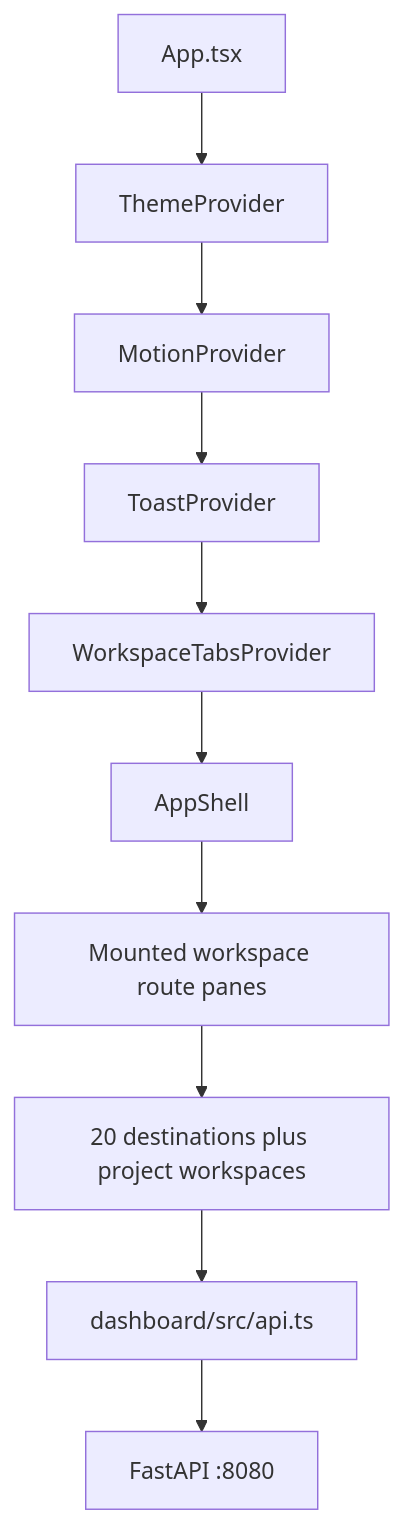
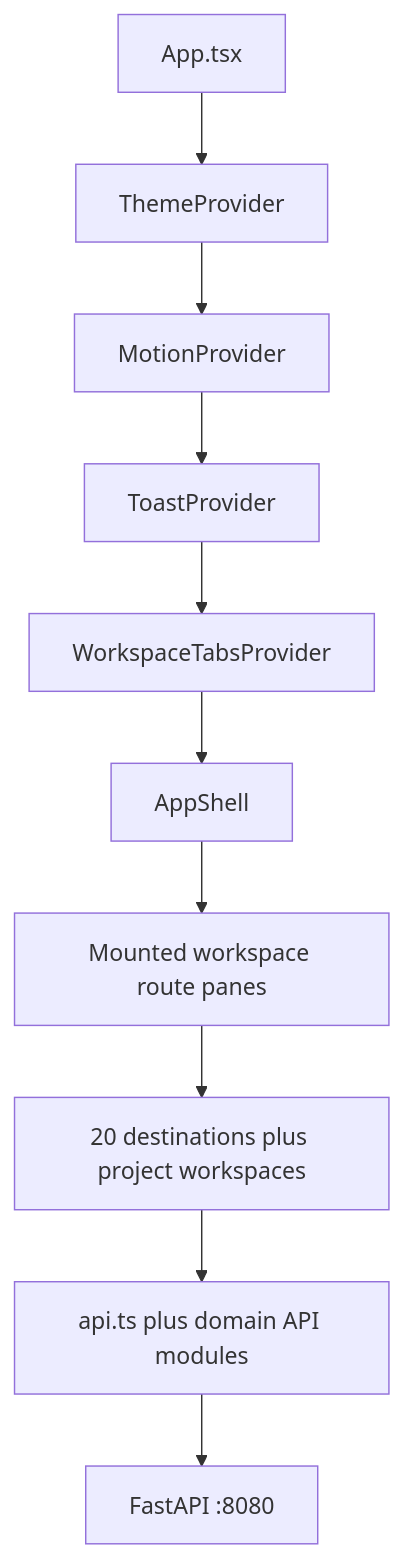
The second of 3 diagrams in docs/ARCHITECTURE.md (binhvu284/tobi), drawn with Mermaid before and after one commit. The commit also changed other lines of this file and 49 other files, not shown here.

````diff
--- a/docs/ARCHITECTURE.md
+++ b/docs/ARCHITECTURE.md
@@ -99,12 +104,12 @@
 ```mermaid
 flowchart TD
   App[App.tsx] --> Theme[ThemeProvider]
   Theme --> Motion[MotionProvider]
   Motion --> Toast[ToastProvider]
   Toast --> Tabs[WorkspaceTabsProvider]
   Tabs --> Shell[AppShell]
   Shell --> Panes[Mounted workspace route panes]
   Panes --> Pages[20 destinations plus project workspaces]
-  Pages --> Client[dashboard/src/api.ts]
+  Pages --> Client[api.ts plus domain API modules]
   Client --> DashAPI[FastAPI :8080]
 ```
````
